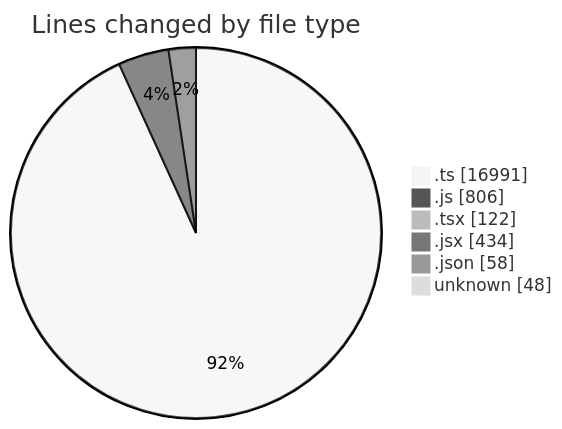
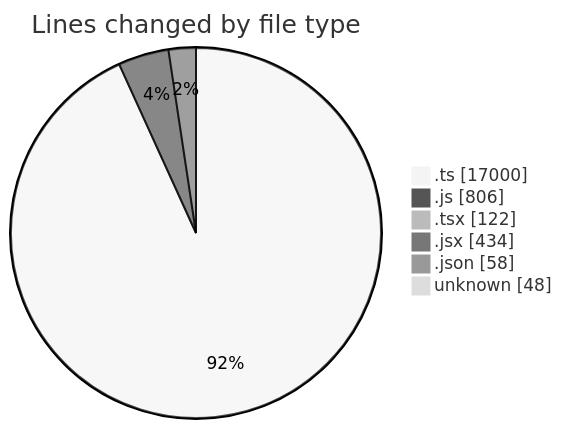
The first of 2 diagrams in 2025-11-12/cda/README.md (momahboobian/code-tracking), drawn with Mermaid (neutral theme) before and after one commit. The commit also changed other lines of this file and 1 other file, not shown here.

````diff
--- a/2025-11-12/cda/README.md
+++ b/2025-11-12/cda/README.md
@@ -36,10 +36,10 @@
 ```mermaid
 pie showData
 title Lines changed by file type
-".ts" : 16991
+".ts" : 17000
 ".js" : 806
 ".tsx" : 122
 ".jsx" : 434
 ".json" : 58
 "unknown" : 48
 ```
````
